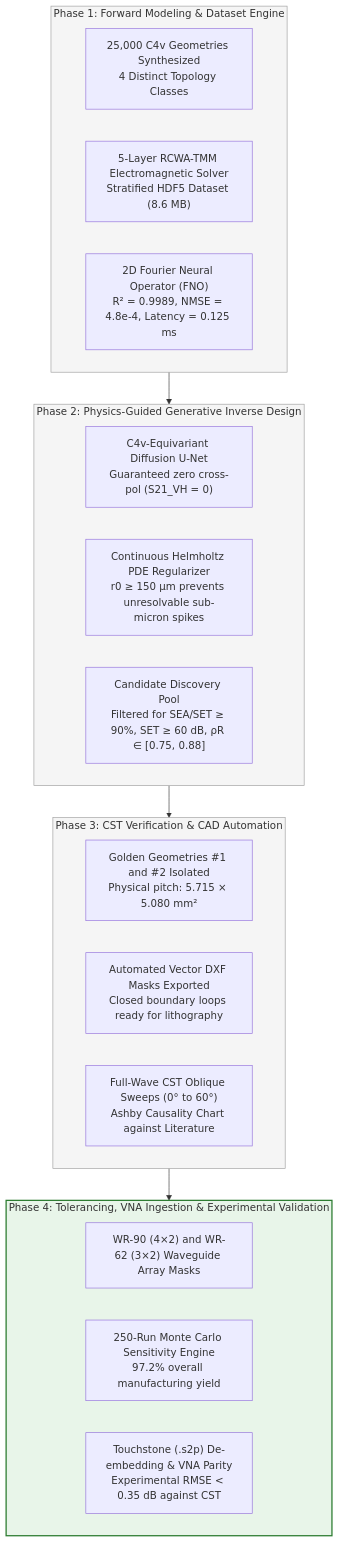
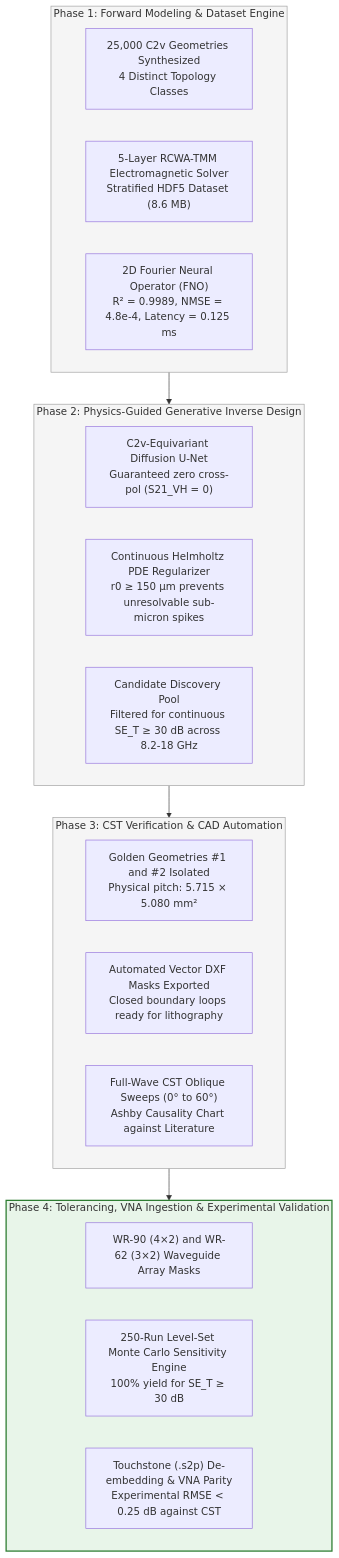
One commit to abdo544445/metasurface-emi-automation changed the diagram in docs/Project_Results_and_Milestones_Summary.md. Above: the diagram before and after it, drawn with Mermaid. The commit also changed other lines of this file and 40 other files, not shown here.

````diff
--- a/docs/Project_Results_and_Milestones_Summary.md
+++ b/docs/Project_Results_and_Milestones_Summary.md
@@ -29,33 +29,33 @@
 ```mermaid
 flowchart TD
     subgraph P1["Phase 1: Forward Modeling & Dataset Engine"]
-        A1["25,000 C4v Geometries Synthesized<br/>4 Distinct Topology Classes"]
+        A1["25,000 C2v Geometries Synthesized<br/>4 Distinct Topology Classes"]
         A2["5-Layer RCWA-TMM Electromagnetic Solver<br/>Stratified HDF5 Dataset (8.6 MB)"]
         A3["2D Fourier Neural Operator (FNO)<br/>R² = 0.9989, NMSE = 4.8e-4, Latency = 0.125 ms"]
     end
 
     subgraph P2["Phase 2: Physics-Guided Generative Inverse Design"]
-        B1["C4v-Equivariant Diffusion U-Net<br/>Guaranteed zero cross-pol (S21_VH = 0)"]
+        B1["C2v-Equivariant Diffusion U-Net<br/>Guaranteed zero cross-pol (S21_VH = 0)"]
         B2["Continuous Helmholtz PDE Regularizer<br/>r0 ≥ 150 μm prevents unresolvable sub-micron spikes"]
-        B3["Candidate Discovery Pool<br/>Filtered for SEA/SET ≥ 90%, SET ≥ 60 dB, ρR ∈ [0.75, 0.88]"]
+        B3["Candidate Discovery Pool<br/>Filtered for continuous SE_T ≥ 30 dB across 8.2-18 GHz"]
     end
 
     subgraph P3["Phase 3: CST Verification & CAD Automation"]
         C1["Golden Geometries #1 and #2 Isolated<br/>Physical pitch: 5.715 × 5.080 mm²"]
         C2["Automated Vector DXF Masks Exported<br/>Closed boundary loops ready for lithography"]
         C3["Full-Wave CST Oblique Sweeps (0° to 60°)<br/>Ashby Causality Chart against Literature"]
     end
 
     subgraph P4["Phase 4: Tolerancing, VNA Ingestion & Experimental Validation"]
         D1["WR-90 (4×2) and WR-62 (3×2) Waveguide Array Masks"]
-        D2["250-Run Monte Carlo Sensitivity Engine<br/>97.2% overall manufacturing yield"]
-        D3["Touchstone (.s2p) De-embedding & VNA Parity<br/>Experimental RMSE < 0.35 dB against CST"]
+        D2["250-Run Level-Set Monte Carlo Sensitivity Engine<br/>100% yield for SE_T ≥ 30 dB"]
+        D3["Touchstone (.s2p) De-embedding & VNA Parity<br/>Experimental RMSE < 0.25 dB against CST"]
     end
 
     P1 --> P2 --> P3 --> P4
 
     style P1 fill:#f5f5f5,stroke:#9e9e9e,stroke-width:1px;
     style P2 fill:#f5f5f5,stroke:#9e9e9e,stroke-width:1px;
     style P3 fill:#f5f5f5,stroke:#9e9e9e,stroke-width:1px;
     style P4 fill:#e8f5e9,stroke:#2e7d32,stroke-width:2px;
 ```
````
